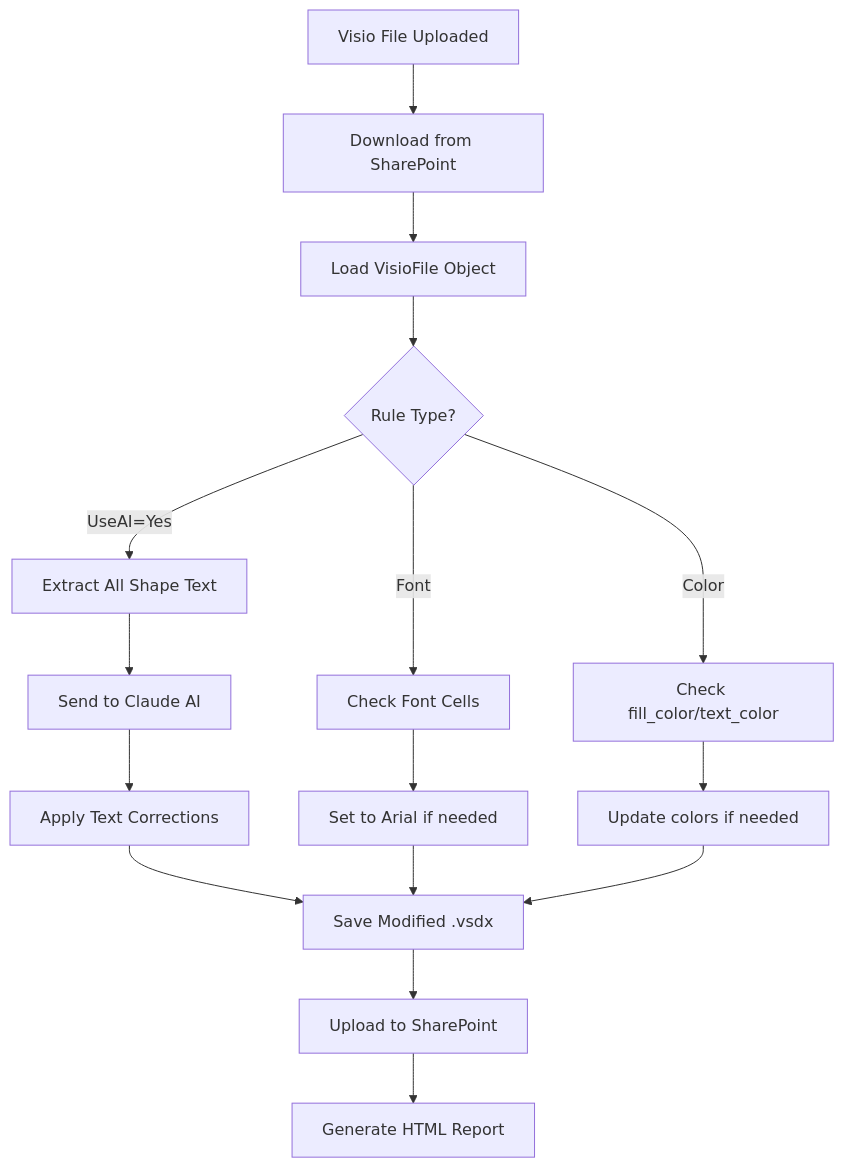
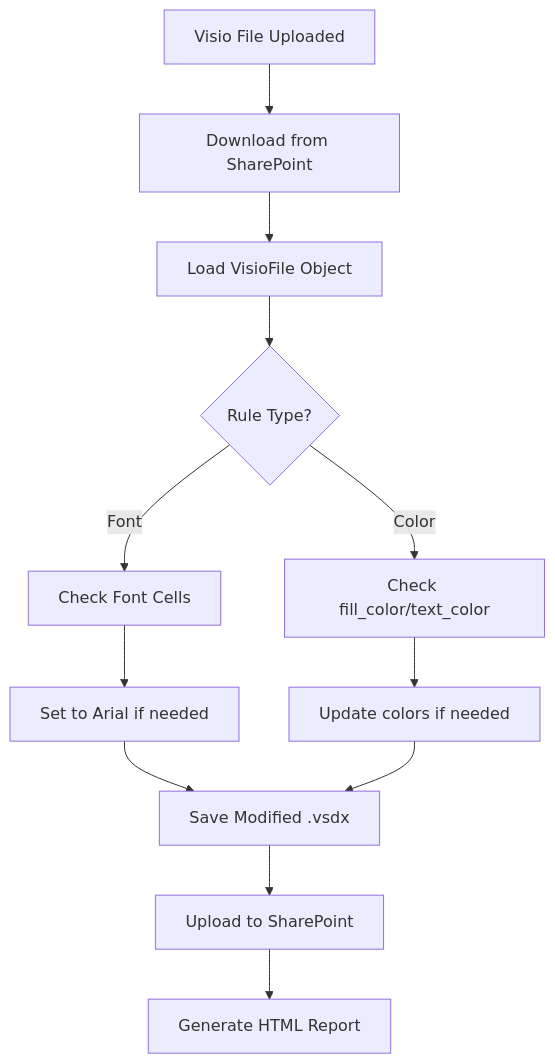
One commit to stephencummins/MaceStyle changed the diagram in docs/visio-validation-guide.md. Above: the diagram before and after it, drawn with Mermaid. The commit also changed other lines of this file and 4 other files, not shown here.

````diff
--- a/docs/visio-validation-guide.md
+++ b/docs/visio-validation-guide.md
@@ -229,23 +218,18 @@
 ```mermaid
 graph TD
     A[Visio File Uploaded] --> B[Download from SharePoint]
     B --> C[Load VisioFile Object]
     C --> D{Rule Type?}
-
-    D -->|UseAI=Yes| E[Extract All Shape Text]
-    E --> F[Send to Claude AI]
-    F --> G[Apply Text Corrections]
 
     D -->|Font| H[Check Font Cells]
     H --> I[Set to Arial if needed]
 
     D -->|Color| J[Check fill_color/text_color]
     J --> K[Update colors if needed]
 
-    G --> L[Save Modified .vsdx]
-    I --> L
+    I --> L[Save Modified .vsdx]
     K --> L
 
     L --> M[Upload to SharePoint]
     M --> N[Generate HTML Report]
 ```
````
